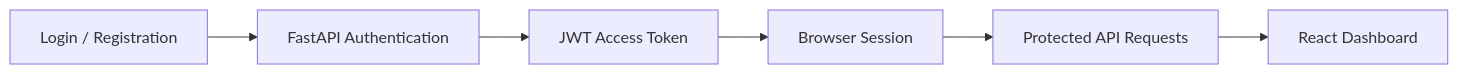
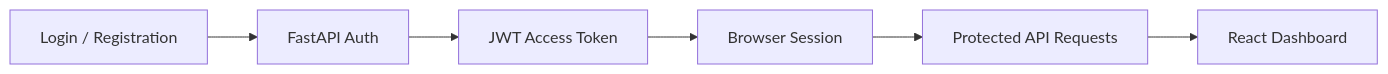
One commit to Debankumardas/AI-Visual-Intelligence-API changed the second of 3 diagrams in README.md. Above: the diagram before and after it, drawn with Mermaid. The commit also changed other lines of this file, not shown here.

````diff
--- a/README.md
+++ b/README.md
@@ -311,8 +274,8 @@
 ```mermaid
 flowchart LR
-    A[Login / Registration] --> B[FastAPI Authentication]
+    A[Login / Registration] --> B[FastAPI Auth]
     B --> C[JWT Access Token]
     C --> D[Browser Session]
     D --> E[Protected API Requests]
     E --> F[React Dashboard]
 ```
````
